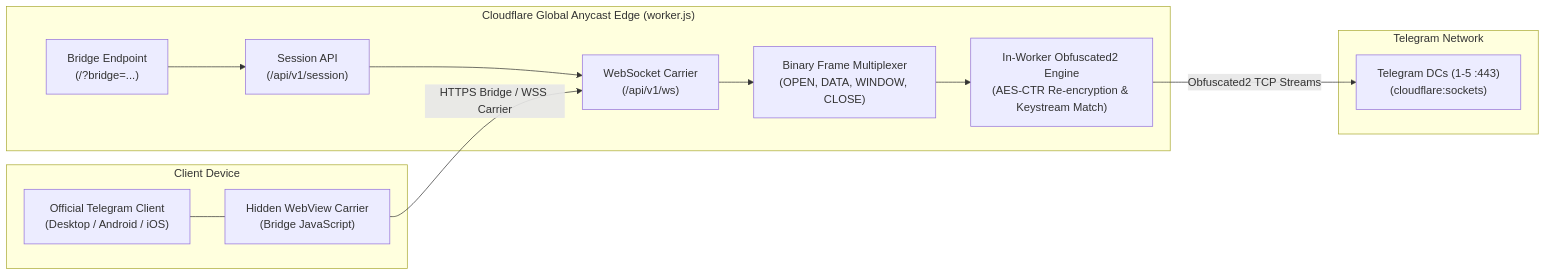
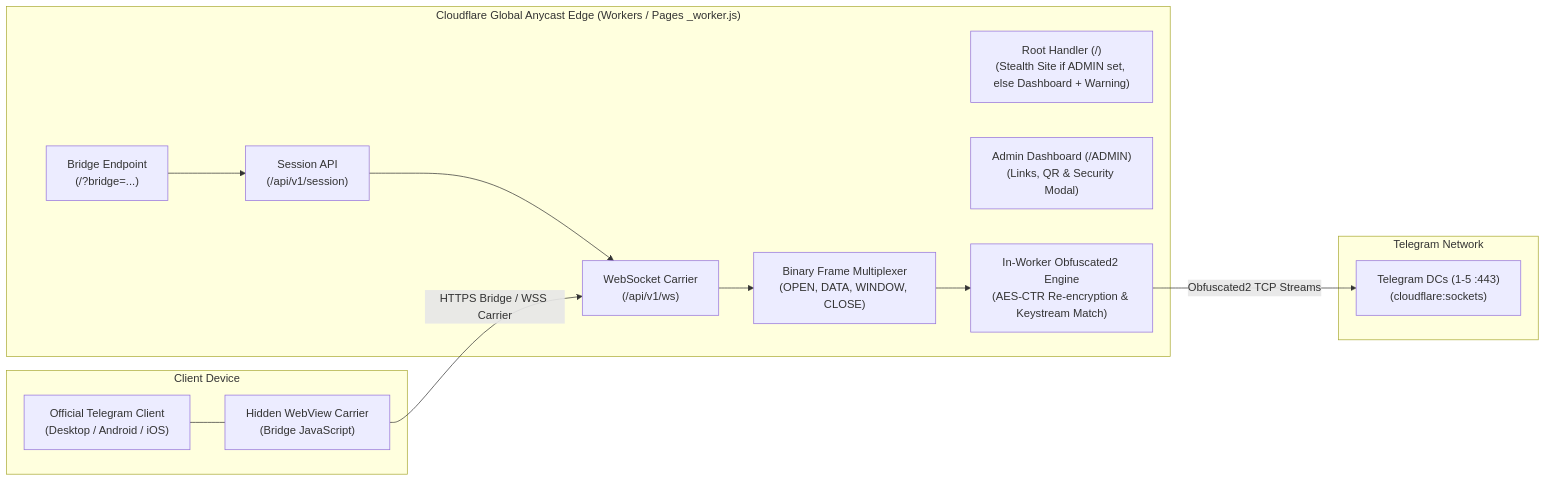
One commit to Qorvhex/TWP changed the diagram in docs/ARCHITECTURE.md. Above: the diagram before and after it, drawn with Mermaid. The commit also changed other lines of this file and 9 other files, not shown here.

````diff
--- a/docs/ARCHITECTURE.md
+++ b/docs/ARCHITECTURE.md
@@ -9,28 +9,30 @@
 ```mermaid
 graph LR
     subgraph Client ["Client Device"]
         TG["Official Telegram Client\n(Desktop / Android / iOS)"]
         WV["Hidden WebView Carrier\n(Bridge JavaScript)"]
         TG --- WV
     end
 
-    subgraph Edge ["Cloudflare Global Anycast Edge (worker.js)"]
+    subgraph Edge ["Cloudflare Global Anycast Edge (Workers / Pages _worker.js)"]
+        Camo["Root Handler (/)\n(Stealth Site if ADMIN set, else Dashboard + Warning)"]
+        Admin["Admin Dashboard (/ADMIN)\n(Links, QR & Security Modal)"]
         Bridge["Bridge Endpoint\n(/?bridge=...)"]
         Session["Session API\n(/api/v1/session)"]
         Carrier["WebSocket Carrier\n(/api/v1/ws)"]
         Multiplexer["Binary Frame Multiplexer\n(OPEN, DATA, WINDOW, CLOSE)"]
         Engine["In-Worker Obfuscated2 Engine\n(AES-CTR Re-encryption & Keystream Match)"]
         
         Bridge --> Session
         Session --> Carrier
         Carrier --> Multiplexer
         Multiplexer --> Engine
     end
 
     subgraph Core ["Telegram Network"]
         Backend["Telegram DCs (1-5 :443)\n(cloudflare:sockets)"]
     end
 
     WV -- "HTTPS Bridge / WSS Carrier" --> Carrier
     Engine -- "Obfuscated2 TCP Streams" --> Backend
 ```
````
